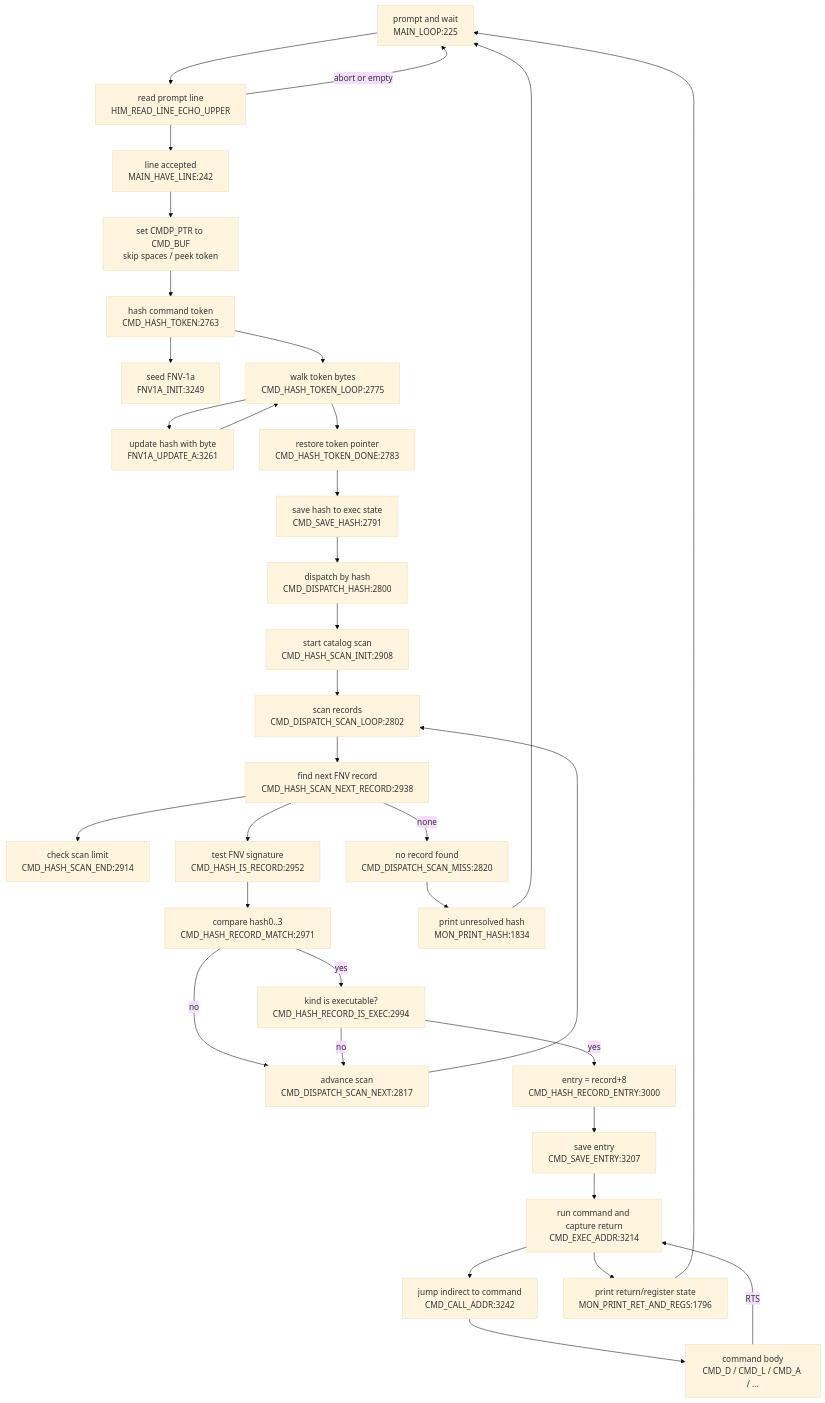
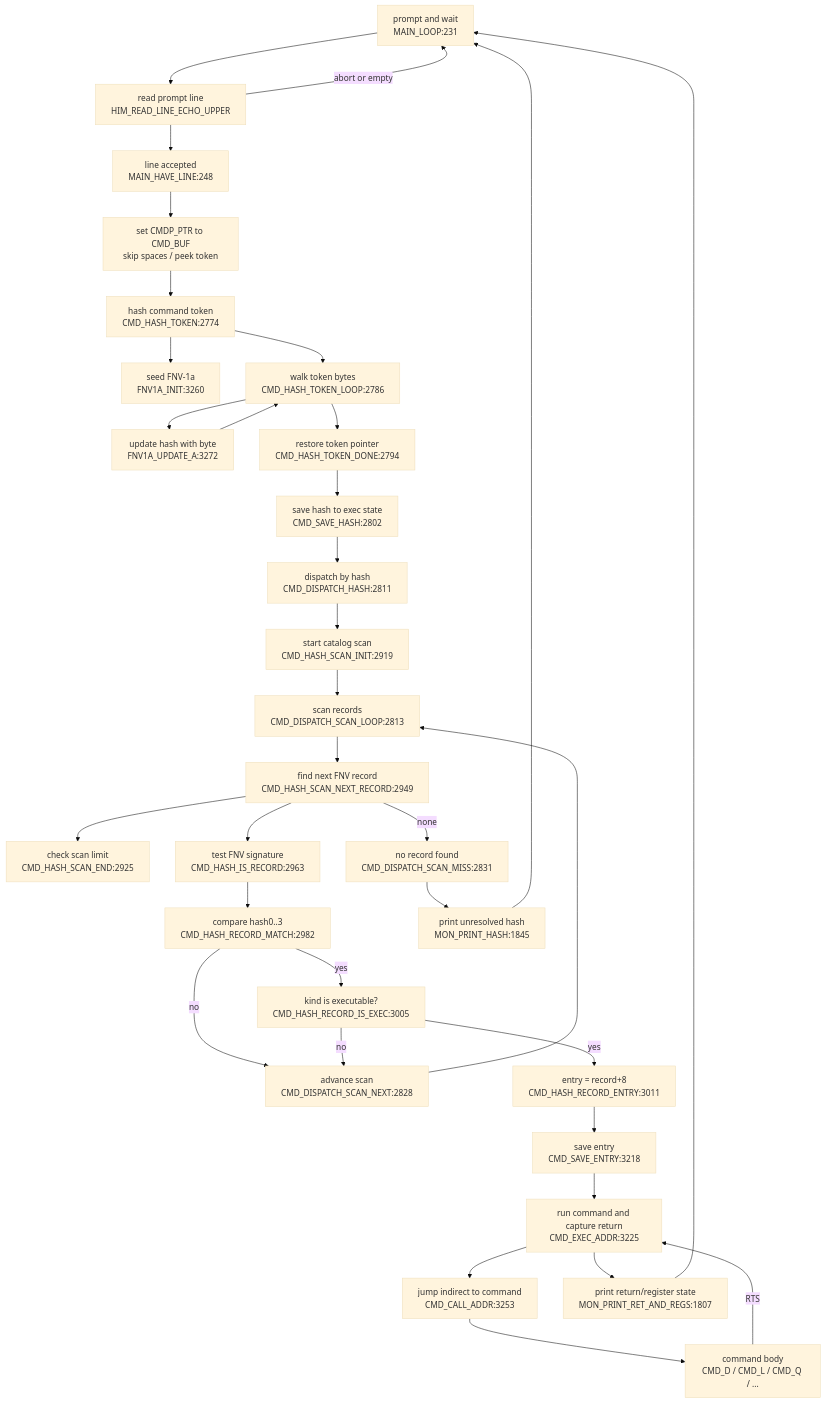
The diagram in DOC/GENERATED/CMD_FLOW_MAP.md (95westus/R-YORS), drawn with Mermaid (base theme) before and after one commit. The commit also changed other lines of this file and 27 other files, not shown here.

````diff
--- a/DOC/GENERATED/CMD_FLOW_MAP.md
+++ b/DOC/GENERATED/CMD_FLOW_MAP.md
@@ -10,36 +10,36 @@
 ```mermaid
 flowchart TD
-    LOOP["prompt and wait<br/>MAIN_LOOP:225"] --> READ["read prompt line<br/>HIM_READ_LINE_ECHO_UPPER"]
-    READ --> HAVE["line accepted<br/>MAIN_HAVE_LINE:242"]
+    LOOP["prompt and wait<br/>MAIN_LOOP:231"] --> READ["read prompt line<br/>HIM_READ_LINE_ECHO_UPPER"]
+    READ --> HAVE["line accepted<br/>MAIN_HAVE_LINE:248"]
     READ -->|abort or empty| LOOP
     HAVE --> PREP["set CMDP_PTR to CMD_BUF<br/>skip spaces / peek token"]
-    PREP --> HASH["hash command token<br/>CMD_HASH_TOKEN:2763"]
-    HASH --> FNVINIT["seed FNV-1a<br/>FNV1A_INIT:3249"]
-    HASH --> HASHLOOP["walk token bytes<br/>CMD_HASH_TOKEN_LOOP:2775"]
-    HASHLOOP --> UPDATE["update hash with byte<br/>FNV1A_UPDATE_A:3261"]
+    PREP --> HASH["hash command token<br/>CMD_HASH_TOKEN:2774"]
+    HASH --> FNVINIT["seed FNV-1a<br/>FNV1A_INIT:3260"]
+    HASH --> HASHLOOP["walk token bytes<br/>CMD_HASH_TOKEN_LOOP:2786"]
+    HASHLOOP --> UPDATE["update hash with byte<br/>FNV1A_UPDATE_A:3272"]
     UPDATE --> HASHLOOP
-    HASHLOOP --> DONE["restore token pointer<br/>CMD_HASH_TOKEN_DONE:2783"]
-    DONE --> SAVEHASH["save hash to exec state<br/>CMD_SAVE_HASH:2791"]
-    SAVEHASH --> DISPATCH["dispatch by hash<br/>CMD_DISPATCH_HASH:2800"]
-    DISPATCH --> SCANINIT["start catalog scan<br/>CMD_HASH_SCAN_INIT:2908"]
-    SCANINIT --> SCANLOOP["scan records<br/>CMD_DISPATCH_SCAN_LOOP:2802"]
-    SCANLOOP --> NEXTREC["find next FNV record<br/>CMD_HASH_SCAN_NEXT_RECORD:2938"]
-    NEXTREC --> ENDCHK["check scan limit<br/>CMD_HASH_SCAN_END:2914"]
-    NEXTREC --> ISREC["test FNV signature<br/>CMD_HASH_IS_RECORD:2952"]
-    NEXTREC -->|none| MISS["no record found<br/>CMD_DISPATCH_SCAN_MISS:2820"]
-    ISREC --> MATCH["compare hash0..3<br/>CMD_HASH_RECORD_MATCH:2971"]
-    MATCH -->|no| ADV["advance scan<br/>CMD_DISPATCH_SCAN_NEXT:2817"]
+    HASHLOOP --> DONE["restore token pointer<br/>CMD_HASH_TOKEN_DONE:2794"]
+    DONE --> SAVEHASH["save hash to exec state<br/>CMD_SAVE_HASH:2802"]
+    SAVEHASH --> DISPATCH["dispatch by hash<br/>CMD_DISPATCH_HASH:2811"]
+    DISPATCH --> SCANINIT["start catalog scan<br/>CMD_HASH_SCAN_INIT:2919"]
+    SCANINIT --> SCANLOOP["scan records<br/>CMD_DISPATCH_SCAN_LOOP:2813"]
+    SCANLOOP --> NEXTREC["find next FNV record<br/>CMD_HASH_SCAN_NEXT_RECORD:2949"]
+    NEXTREC --> ENDCHK["check scan limit<br/>CMD_HASH_SCAN_END:2925"]
+    NEXTREC --> ISREC["test FNV signature<br/>CMD_HASH_IS_RECORD:2963"]
+    NEXTREC -->|none| MISS["no record found<br/>CMD_DISPATCH_SCAN_MISS:2831"]
+    ISREC --> MATCH["compare hash0..3<br/>CMD_HASH_RECORD_MATCH:2982"]
+    MATCH -->|no| ADV["advance scan<br/>CMD_DISPATCH_SCAN_NEXT:2828"]
     ADV --> SCANLOOP
-    MATCH -->|yes| EXECOK["kind is executable?<br/>CMD_HASH_RECORD_IS_EXEC:2994"]
+    MATCH -->|yes| EXECOK["kind is executable?<br/>CMD_HASH_RECORD_IS_EXEC:3005"]
     EXECOK -->|no| ADV
-    EXECOK -->|yes| ENTRY["entry = record+8<br/>CMD_HASH_RECORD_ENTRY:3000"]
-    ENTRY --> SAVEENTRY["save entry<br/>CMD_SAVE_ENTRY:3207"]
-    SAVEENTRY --> RUN["run command and capture return<br/>CMD_EXEC_ADDR:3214"]
-    RUN --> CALL["jump indirect to command<br/>CMD_CALL_ADDR:3242"]
-    CALL --> BODY["command body<br/>CMD_D / CMD_L / CMD_A / ..."]
+    EXECOK -->|yes| ENTRY["entry = record+8<br/>CMD_HASH_RECORD_ENTRY:3011"]
+    ENTRY --> SAVEENTRY["save entry<br/>CMD_SAVE_ENTRY:3218"]
+    SAVEENTRY --> RUN["run command and capture return<br/>CMD_EXEC_ADDR:3225"]
+    RUN --> CALL["jump indirect to command<br/>CMD_CALL_ADDR:3253"]
+    CALL --> BODY["command body<br/>CMD_D / CMD_L / CMD_Q / ..."]
     BODY -->|RTS| RUN
-    RUN --> RETPRINT["print return/register state<br/>MON_PRINT_RET_AND_REGS:1796"]
+    RUN --> RETPRINT["print return/register state<br/>MON_PRINT_RET_AND_REGS:1807"]
     RETPRINT --> LOOP
-    MISS --> PRHASH["print unresolved hash<br/>MON_PRINT_HASH:1834"]
+    MISS --> PRHASH["print unresolved hash<br/>MON_PRINT_HASH:1845"]
     PRHASH --> LOOP
 ```
````
